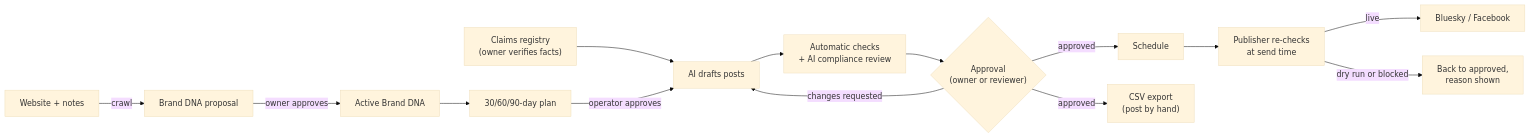
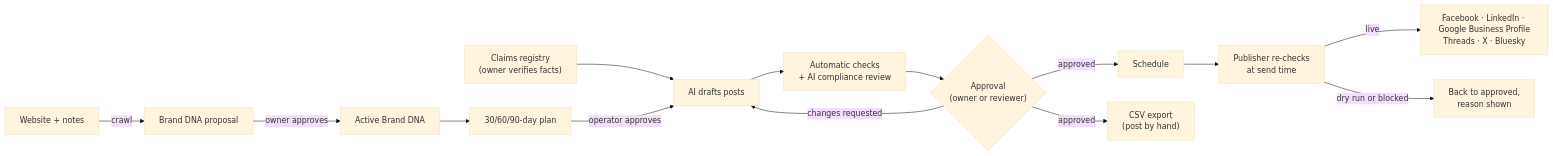
Before and after one commit to CptNope/Social-Media-Automation: the first of 4 diagrams in README.md, drawn with Mermaid (base theme). The commit also changed other lines of this file and 27 other files, not shown here.

````diff
--- a/README.md
+++ b/README.md
@@ -49,16 +49,16 @@
 ```mermaid
 flowchart LR
     A["Website + notes"] -->|crawl| B["Brand DNA proposal"]
     B -->|owner approves| C["Active Brand DNA"]
     K["Claims registry<br/>(owner verifies facts)"] --> E
     C --> D["30/60/90-day plan"]
     D -->|operator approves| E["AI drafts posts"]
     E --> F["Automatic checks<br/>+ AI compliance review"]
     F --> G{"Approval<br/>(owner or reviewer)"}
     G -->|changes requested| E
     G -->|approved| H["Schedule"]
     G -->|approved| X["CSV export<br/>(post by hand)"]
     H --> I["Publisher re-checks<br/>at send time"]
-    I -->|live| J["Bluesky / Facebook"]
+    I -->|live| J["Facebook · LinkedIn · Google Business Profile<br/>Threads · X · Bluesky"]
     I -->|dry run or blocked| G2["Back to approved,<br/>reason shown"]
 ```
````
